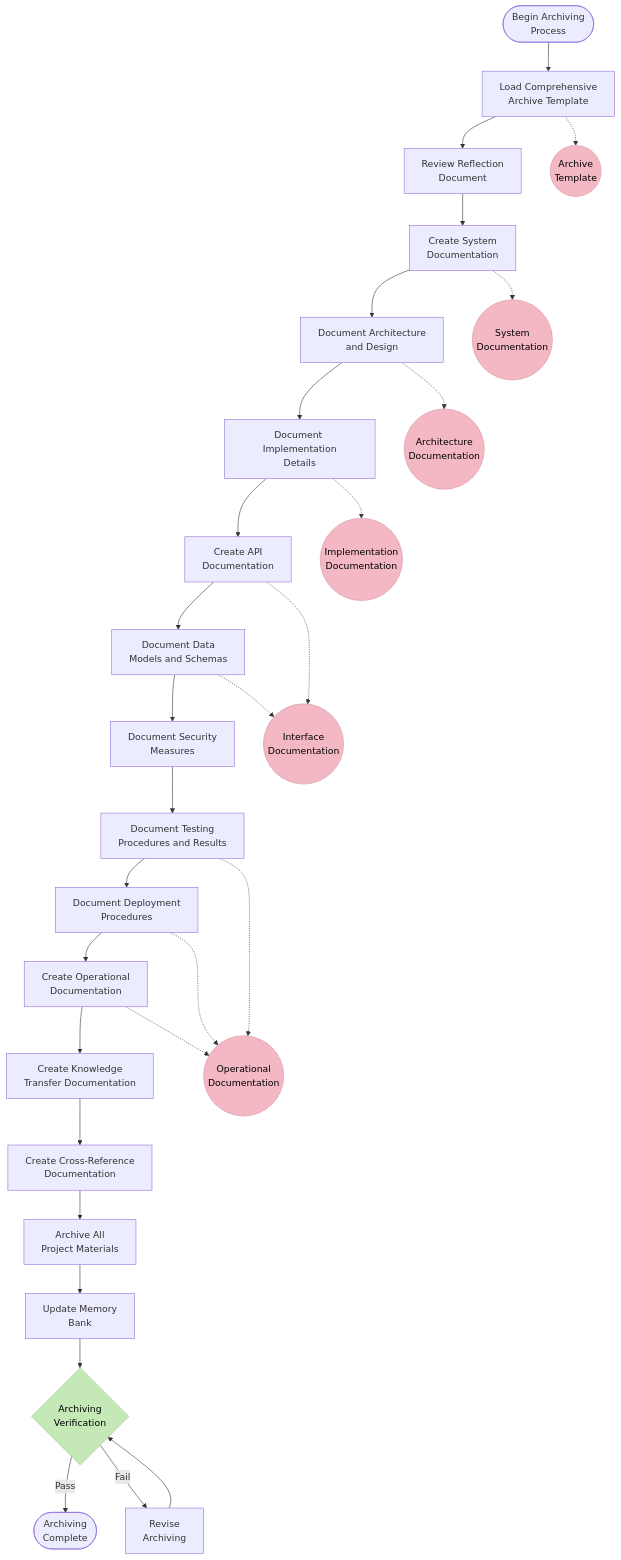
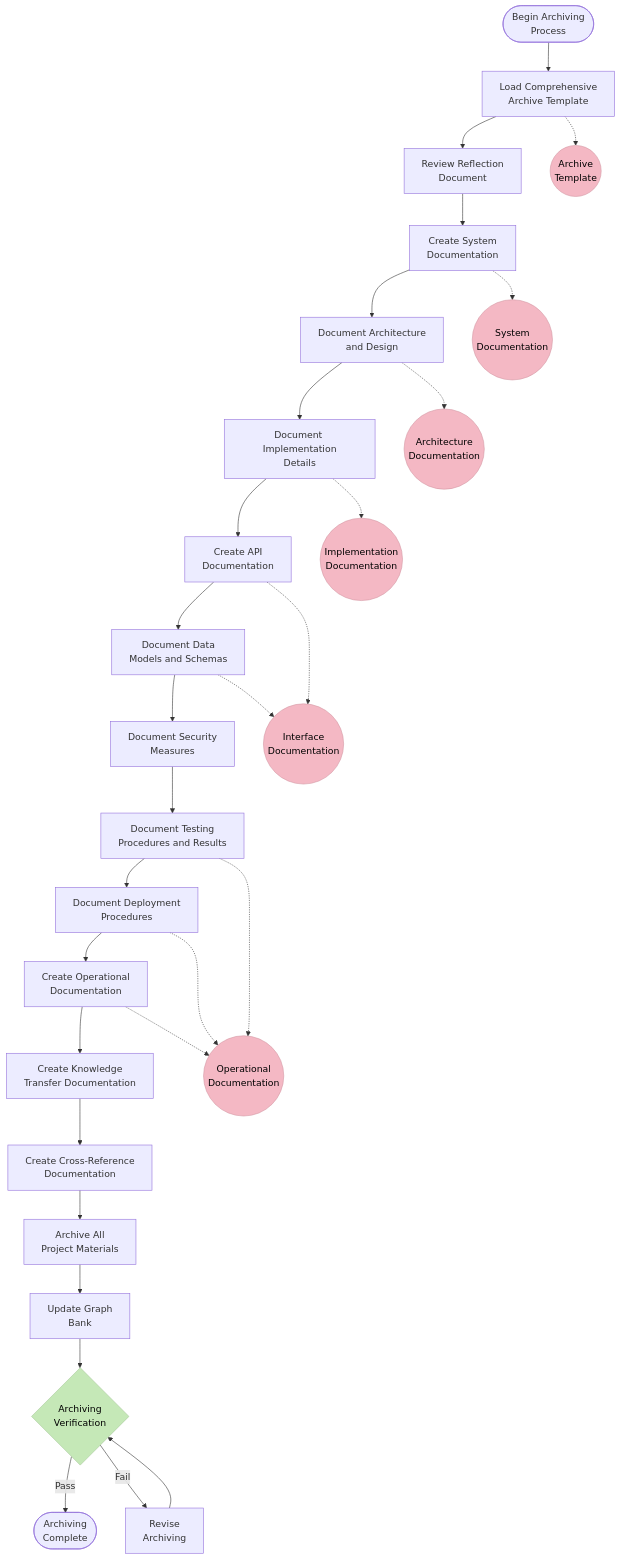
One commit to 7Spade/cursor-memory-bank changed the first of 5 diagrams in .cursor/rules/isolation_rules/Level4/archive-comprehensive.mdc. Above: the diagram before and after it, drawn with Mermaid. The commit also changed other lines of this file and 37 other files, not shown here.

Commit message:
refactor: Standardize terminology from "Memory Bank" to "Graph Bank" across all files, ensuring consistency in documentation and improving clarity in the system's architecture and processes

````diff
--- a/.cursor/rules/isolation_rules/Level4/archive-comprehensive.mdc
+++ b/.cursor/rules/isolation_rules/Level4/archive-comprehensive.mdc
@@ -15,38 +15,38 @@
 ```mermaid
 flowchart TD
     classDef phase fill:#f9d77e,stroke:#d9b95c,color:#000
     classDef artifact fill:#f4b8c4,stroke:#d498a4,color:#000
     classDef verification fill:#c5e8b7,stroke:#a5c897,color:#000
     
     Start([Begin Archiving<br>Process]) --> Template[Load Comprehensive<br>Archive Template]
     Template --> RefDoc[Review Reflection<br>Document]
     RefDoc --> SysDoc[Create System<br>Documentation]
     SysDoc --> ArchDoc[Document Architecture<br>and Design]
     ArchDoc --> ImplDoc[Document Implementation<br>Details]
     ImplDoc --> APIDoc[Create API<br>Documentation]
     APIDoc --> DataDoc[Document Data<br>Models and Schemas]
     DataDoc --> SecDoc[Document Security<br>Measures]
     SecDoc --> TestDoc[Document Testing<br>Procedures and Results]
     TestDoc --> DeployDoc[Document Deployment<br>Procedures]
     DeployDoc --> OpDoc[Create Operational<br>Documentation]
     OpDoc --> KnowledgeDoc[Create Knowledge<br>Transfer Documentation]
     KnowledgeDoc --> CrossRef[Create Cross-Reference<br>Documentation]
     CrossRef --> Archive[Archive All<br>Project Materials]
-    Archive --> UpdateMB[Update Memory<br>Bank]
+    Archive --> UpdateMB[Update Graph<br>Bank]
     UpdateMB --> Verification{Archiving<br>Verification}
     Verification -->|Pass| Complete([Archiving<br>Complete])
     Verification -->|Fail| Revise[Revise<br>Archiving]
     Revise --> Verification
     
     Template -.-> AT((Archive<br>Template))
     SysDoc -.-> SD((System<br>Documentation))
     ArchDoc -.-> AD((Architecture<br>Documentation))
     ImplDoc -.-> ID((Implementation<br>Documentation))
     APIDoc & DataDoc -.-> IntDoc((Interface<br>Documentation))
     TestDoc & DeployDoc & OpDoc -.-> OpDocs((Operational<br>Documentation))
     
     class Start,Complete milestone
     class Template,RefDoc,SysDoc,ArchDoc,ImplDoc,APIDoc,DataDoc,SecDoc,TestDoc,DeployDoc,OpDoc,KnowledgeDoc,CrossRef,Archive,UpdateMB step
     class Verification verification
     class AT,SD,AD,ID,IntDoc,OpDocs artifact
 ```
````
